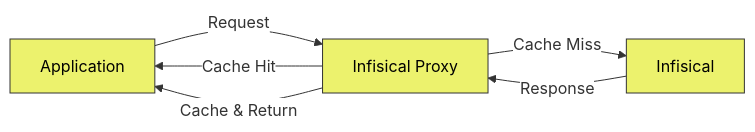
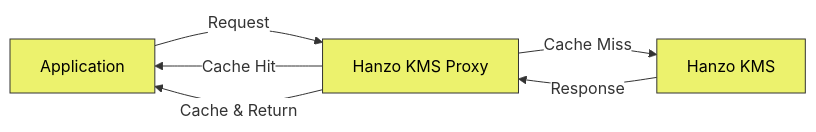
Before and after one commit to hanzoai/kms: the diagram in docs/integrations/platforms/infisical-proxy.mdx, drawn with Mermaid. The commit also changed other lines of this file and 927 other files, not shown here.

First line of the commit message:
feat: complete Hanzo KMS rebranding across upstream merge

````diff
--- a/docs/integrations/platforms/infisical-proxy.mdx
+++ b/docs/integrations/platforms/infisical-proxy.mdx
@@ -25,13 +25,13 @@
 ```mermaid
 %%{init: {'theme': 'base', 'themeVariables': { 'edgeLabelBackground':'#ffffff', 'lineColor': '#333'}}}%%
 flowchart LR
-    A[Application] -->|Request| B[Infisical Proxy]
+    A[Application] -->|Request| B[Hanzo KMS Proxy]
     B -->|Cache Hit| A
-    B -->|Cache Miss| C[Infisical]
+    B -->|Cache Miss| C[Hanzo KMS]
     C -->|Response| B
     B -->|Cache & Return| A
     
     style A fill:#ECF26D,stroke:#333,color:#000
     style B fill:#ECF26D,stroke:#333,color:#000
     style C fill:#ECF26D,stroke:#333,color:#000
 ```
````
